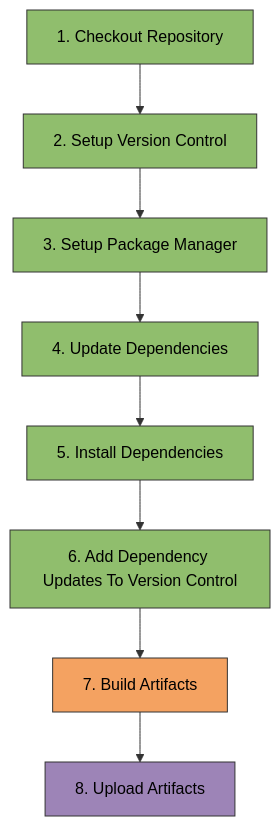
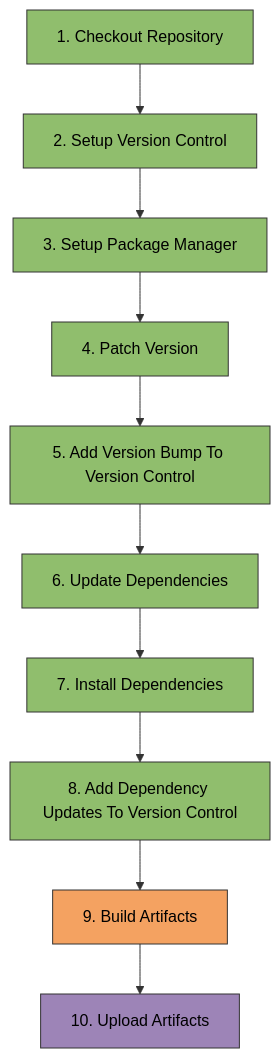
The second of 3 diagrams in docs/configs/workflows/build.md (Winipedia/pyrig), drawn with Mermaid before and after one commit. The commit also changed other lines of this file and 7 other files, not shown here.

Commit message:
wfs steps order and version patch for builds

````diff
--- a/docs/configs/workflows/build.md
+++ b/docs/configs/workflows/build.md
@@ -74,19 +74,23 @@
 ```mermaid
 graph TD
     S1[1. Checkout Repository] --> S2[2. Setup Version Control]
     S2 --> S3[3. Setup Package Manager]
-    S3 --> S4[4. Update Dependencies]
-    S4 --> S5[5. Install Dependencies]
-    S5 --> S6[6. Add Dependency Updates To Version Control]
-    S6 --> S7[7. Build Artifacts]
-    S7 --> S8[8. Upload Artifacts]
+    S3 --> S4[4. Patch Version]
+    S4 --> S5[5. Add Version Bump To Version Control]
+    S5 --> S6[6. Update Dependencies]
+    S6 --> S7[7. Install Dependencies]
+    S7 --> S8[8. Add Dependency Updates To Version Control]
+    S8 --> S9[9. Build Artifacts]
+    S9 --> S10[10. Upload Artifacts]
 
     style S1 fill:#90be6d,stroke:#333,stroke-width:1px,color:#000
     style S2 fill:#90be6d,stroke:#333,stroke-width:1px,color:#000
     style S3 fill:#90be6d,stroke:#333,stroke-width:1px,color:#000
-	    style S4 fill:#90be6d,stroke:#333,stroke-width:1px,color:#000
-	    style S5 fill:#90be6d,stroke:#333,stroke-width:1px,color:#000
-	    style S6 fill:#90be6d,stroke:#333,stroke-width:1px,color:#000
-	    style S7 fill:#f4a261,stroke:#333,stroke-width:1px,color:#000
-	    style S8 fill:#9d84b7,stroke:#333,stroke-width:1px,color:#000
+    style S4 fill:#90be6d,stroke:#333,stroke-width:1px,color:#000
+    style S5 fill:#90be6d,stroke:#333,stroke-width:1px,color:#000
+    style S6 fill:#90be6d,stroke:#333,stroke-width:1px,color:#000
+    style S7 fill:#90be6d,stroke:#333,stroke-width:1px,color:#000
+    style S8 fill:#90be6d,stroke:#333,stroke-width:1px,color:#000
+    style S9 fill:#f4a261,stroke:#333,stroke-width:1px,color:#000
+    style S10 fill:#9d84b7,stroke:#333,stroke-width:1px,color:#000
 ```
````
